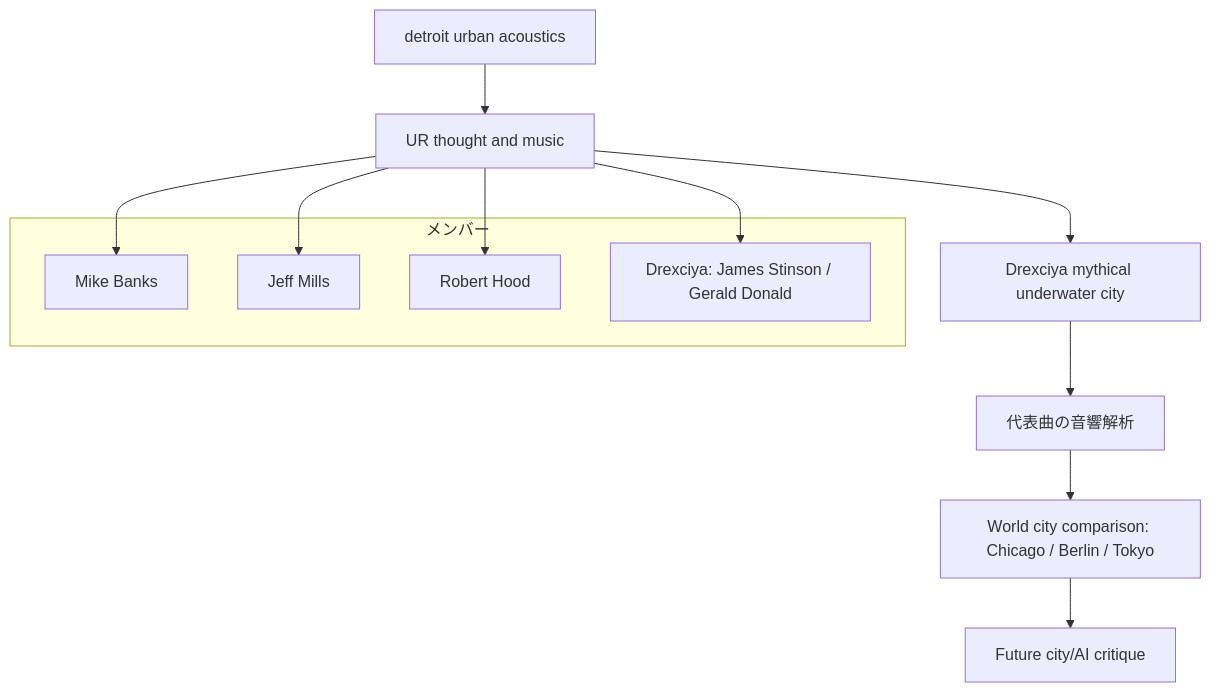
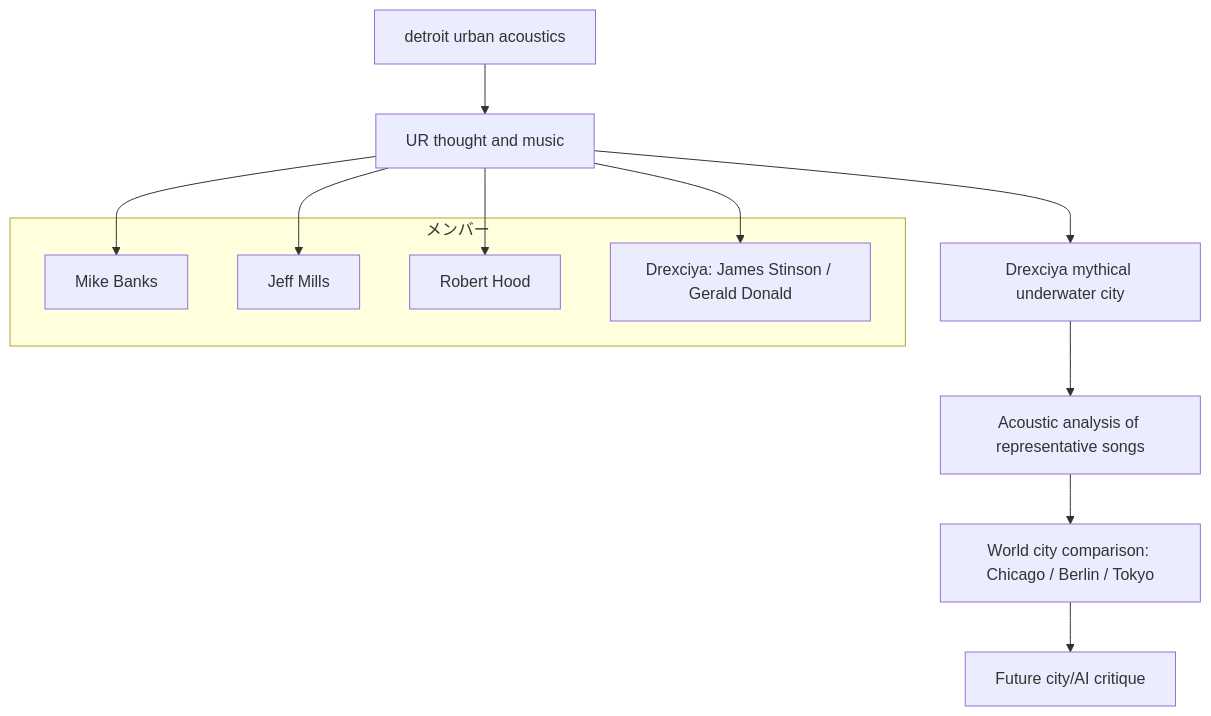
Before and after one commit to monumental-movement/monumental-movement.github.io: the first of 4 diagrams in en/_posts/2025-11-15-column-ur.md, drawn with Mermaid. The commit also changed other lines of this file and 422 other files, not shown here.

```diff
--- a/en/_posts/2025-11-15-column-ur.md
+++ b/en/_posts/2025-11-15-column-ur.md
@@ -209,23 +209,23 @@
 <div class="mermaid">
 
 graph TD
 
     A[detroit urban acoustics] --> B[UR thought and music]
     B --> C[Drexciya mythical underwater city]
-    C --> D[代表曲の音響解析]
+    C --> D[Acoustic analysis of representative songs]
     D --> E[World city comparison: Chicago / Berlin / Tokyo]
     E --> F[Future city/AI critique]
 
     subgraph メンバー
         MB[Mike Banks]
         JM[Jeff Mills]
         RH[Robert Hood]
         DR[Drexciya: James Stinson / Gerald Donald]
     end
 
     B --> MB
     B --> JM
     B --> RH
     B --> DR
 
 </div>
```
